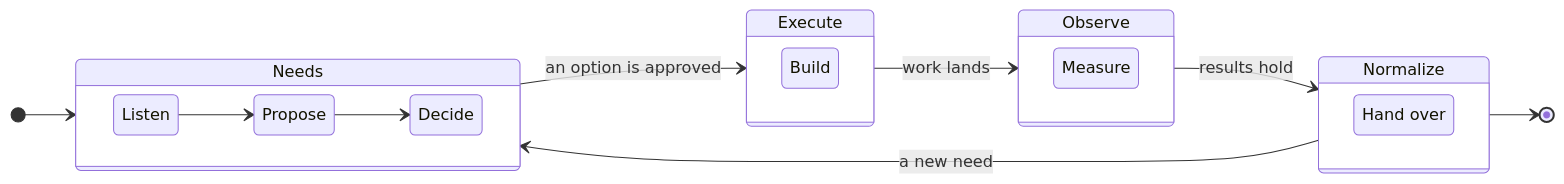
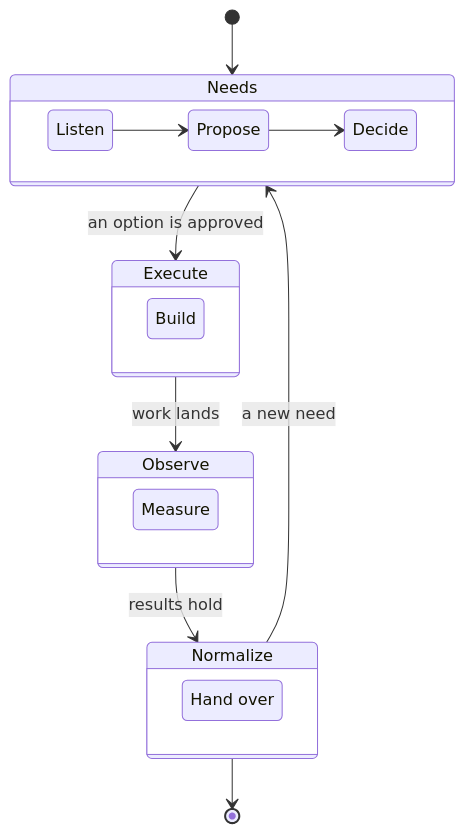
The eighth of 8 diagrams in corpus/company/architecture.md (neon1llc/neon1-corpus), drawn with Mermaid before and after one commit. The commit also changed other lines of this file and 17 other files, not shown here.

Commit message:
Render architecture diagrams standalone and fit them to phones

````diff
--- a/corpus/company/architecture.md
+++ b/corpus/company/architecture.md
@@ -248,25 +220,25 @@
 ```mermaid
 %% alt: State diagram of a 1NEON project. It starts in Needs, where Pradeep listens, proposes options, and the client's decision maker decides. An approved option moves the project to Execute, where the work is built and shown as it lands. Then Observe, where results are measured against what was agreed. Then Normalize, where the work is handed over and becomes part of normal operations. From Normalize, a new need starts the cycle again.
 stateDiagram-v2
-  direction LR
+  direction TB
   [*] --> Needs
   state Needs {
     direction LR
     Listen --> Propose
     Propose --> Decide
   }
   Needs --> Execute: an option is approved
   state Execute {
     Build
   }
   Execute --> Observe: work lands
   state Observe {
     Measure
   }
   Observe --> Normalize: results hold
   state Normalize {
     HandOver: Hand over
   }
   Normalize --> Needs: a new need
   Normalize --> [*]
 ```
````
